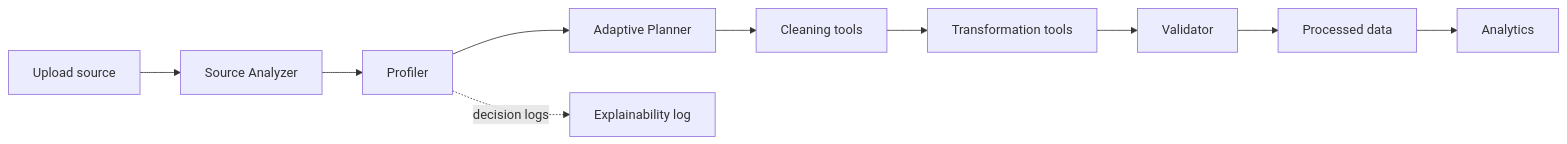
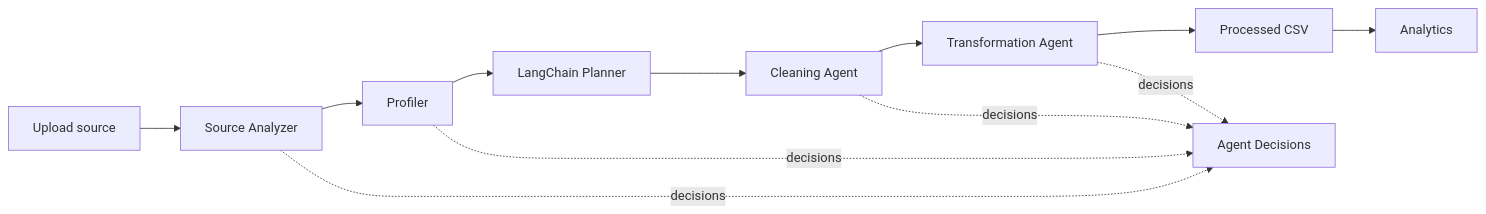
One commit to mouleshgs/autonomous-data-engineering changed the diagram in README.md. Above: the diagram before and after it, drawn with Mermaid. The commit also changed other lines of this file and 20 other files, not shown here.

````diff
--- a/README.md
+++ b/README.md
@@ -40,12 +55,14 @@
 ```mermaid
 flowchart LR
   U[Upload source] --> S[Source Analyzer]
   S --> P[Profiler]
-  P --> R[Adaptive Planner]
-  R --> C[Cleaning tools]
-  C --> T[Transformation tools]
-  T --> V[Validator]
-  V --> D[Processed data]
+  P --> R[LangChain Planner]
+  R --> C[Cleaning Agent]
+  C --> T[Transformation Agent]
+  T --> D[Processed CSV]
   D --> A[Analytics]
-  P -. decision logs .-> L[Explainability log]
+  S -. decisions .-> L[Agent Decisions]
+  P -. decisions .-> L
+  C -. decisions .-> L
+  T -. decisions .-> L
 ```
````
